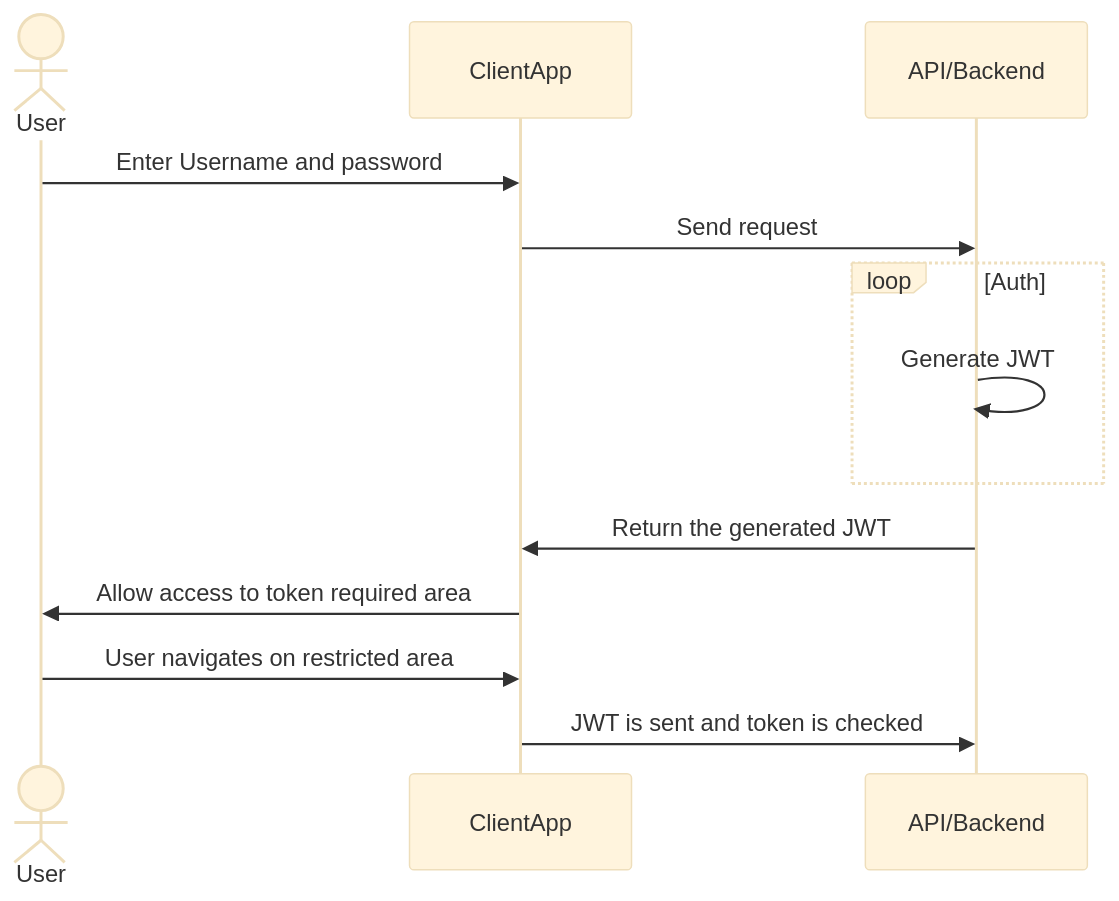
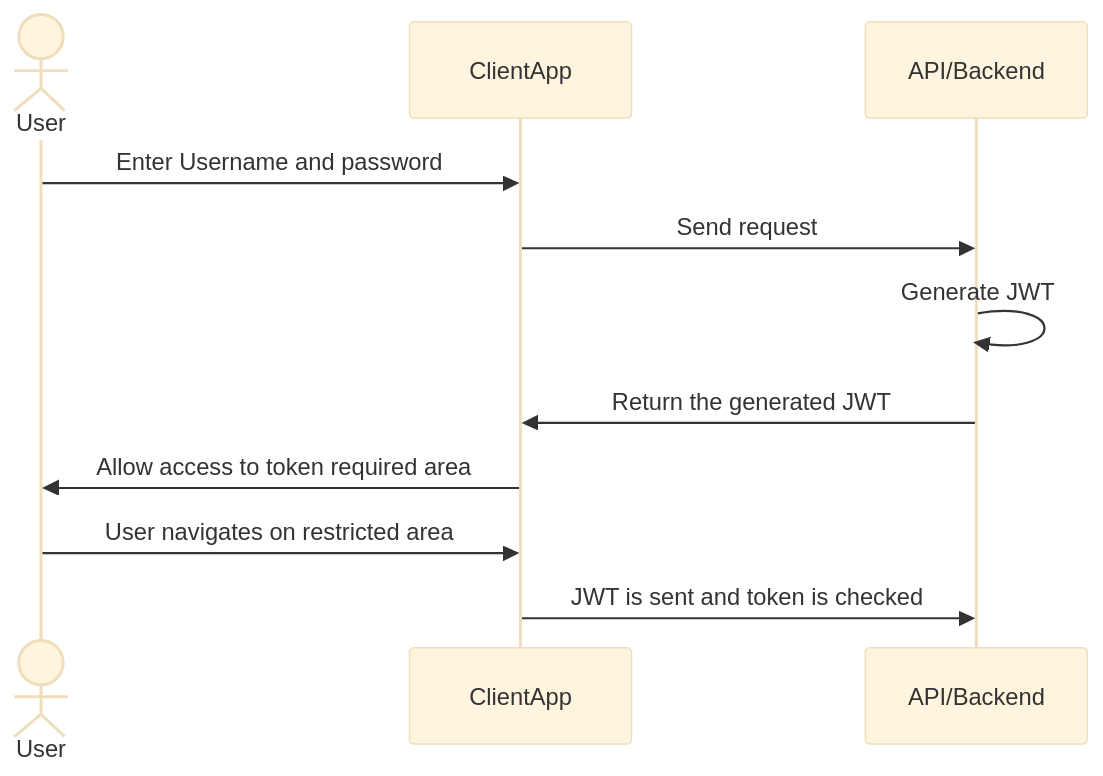
The diagram in README.md (sararazm/arbetsgrupp), drawn with Mermaid (base theme) before and after one commit.

````diff
--- a/README.md
+++ b/README.md
@@ -5,16 +5,15 @@
 ```mermaid
 sequenceDiagram
 	actor User
 	participant ClientApp
 	participant API/Backend
 
 	User->>ClientApp: Enter Username and password
 	ClientApp->>API/Backend: Send request
-	Loop Auth
 		API/Backend->>API/Backend: Generate JWT
-	end
+	
 	API/Backend->>ClientApp: Return the generated JWT
 	ClientApp->>User:Allow access to token required area
 	User->>ClientApp: User navigates on restricted area
 	ClientApp->>API/Backend: JWT is sent and token is checked
 ```
````
